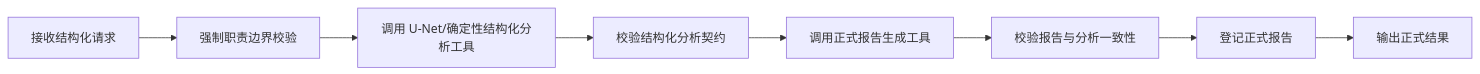
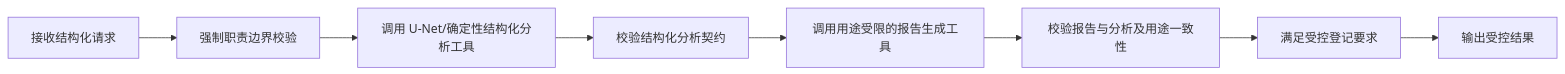
The diagram in docs/hospital-ai-boundary-policy.md (BobcGn/med-collab-system), drawn with Mermaid before and after one commit. The commit also changed other lines of this file and 14 other files, not shown here.

````diff
--- a/docs/hospital-ai-boundary-policy.md
+++ b/docs/hospital-ai-boundary-policy.md
@@ -76,10 +80,10 @@
 ```mermaid
 flowchart LR
     A[接收结构化请求] --> B[强制职责边界校验]
     B --> C[调用 U-Net/确定性结构化分析工具]
     C --> D[校验结构化分析契约]
-    D --> E[调用正式报告生成工具]
-    E --> F[校验报告与分析一致性]
-    F --> G[登记正式报告]
-    G --> H[输出正式结果]
+    D --> E[调用用途受限的报告生成工具]
+    E --> F[校验报告与分析及用途一致性]
+    F --> G[满足受控登记要求]
+    G --> H[输出受控结果]
 ```
````
